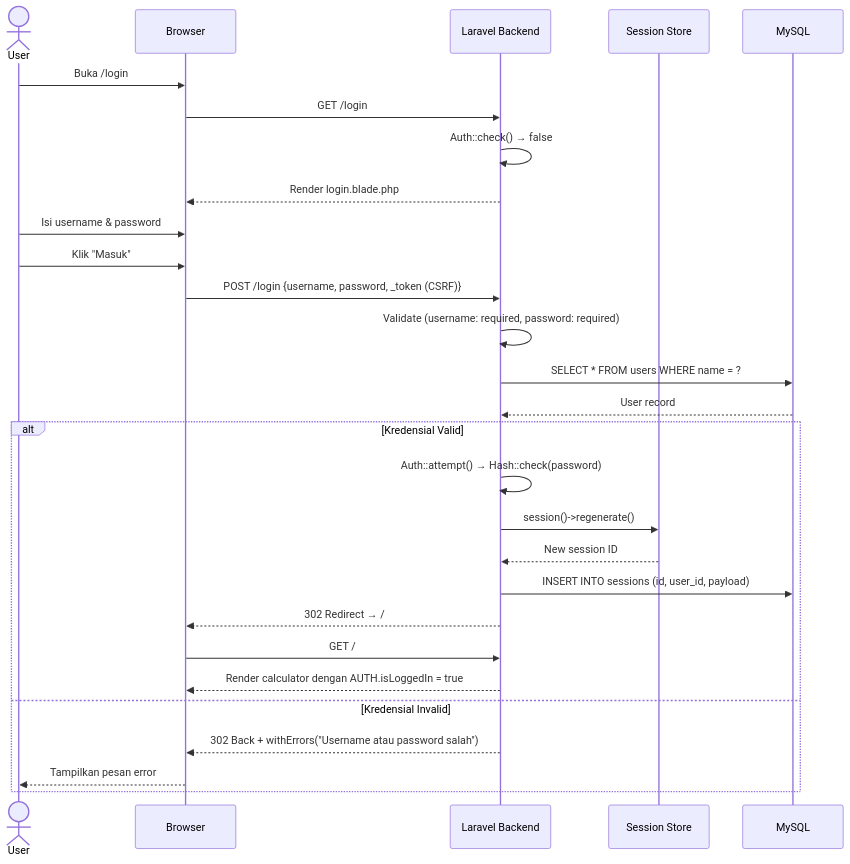
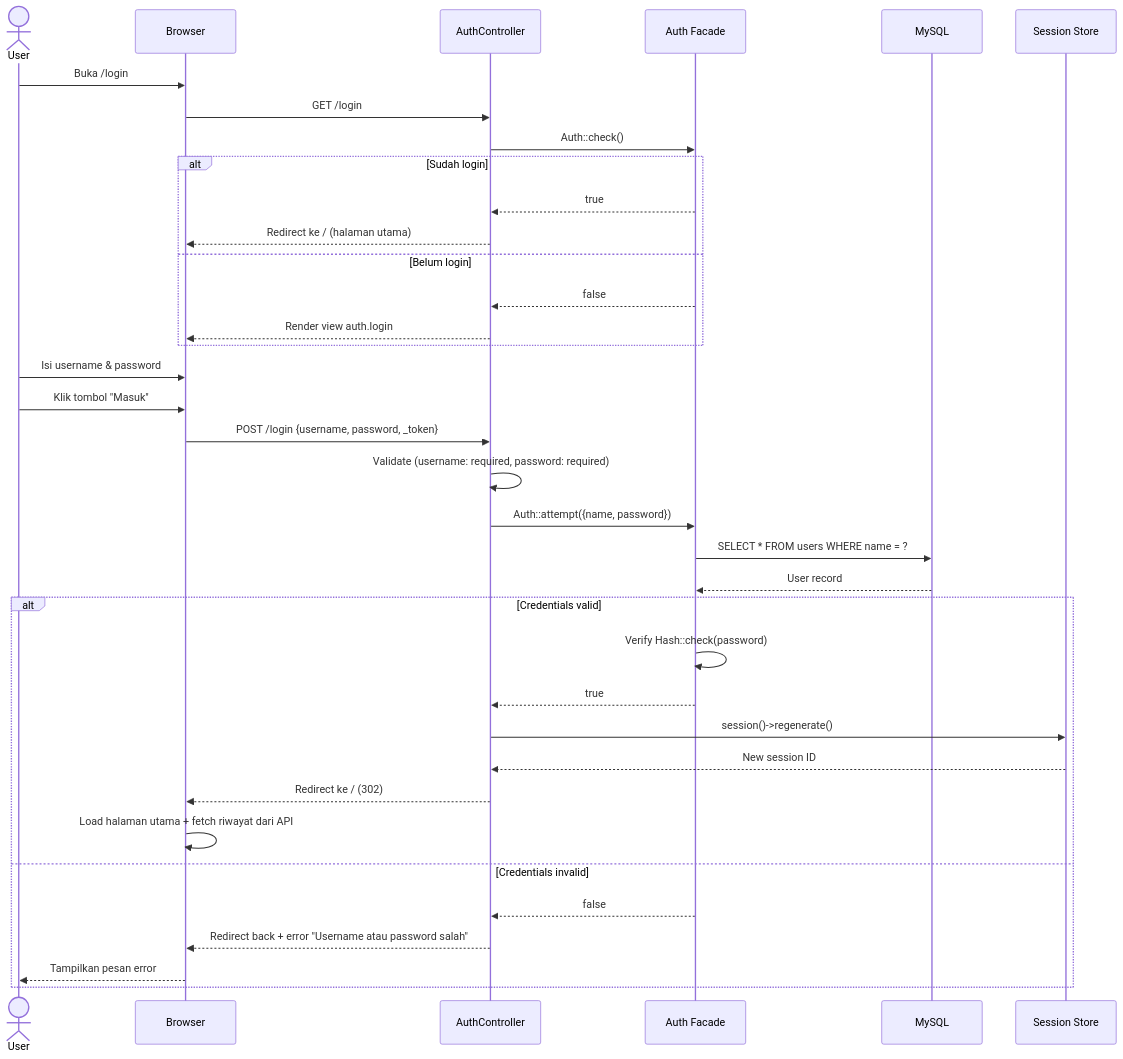
One commit to falcon-ioi/Caclcon changed the sixth of 11 diagrams in e-concalc-web/README.md. Above: the diagram before and after it, drawn with Mermaid. The commit also changed other lines of this file, not shown here.

Commit message:
docs: expand sequence diagrams with detailed flows (login, register, Google OAuth, calculator sync, currency converter)

````diff
--- a/e-concalc-web/README.md
+++ b/e-concalc-web/README.md
@@ -229,34 +226,41 @@
 ```mermaid
 sequenceDiagram
     actor User
     participant Browser
-    participant Laravel as Laravel Backend
+    participant Laravel as AuthController
+    participant Auth as Auth Facade
+    participant DB as MySQL
     participant Session as Session Store
-    participant DB as MySQL
 
     User->>Browser: Buka /login
     Browser->>Laravel: GET /login
-    Laravel->>Laravel: Auth::check() → false
-    Laravel-->>Browser: Render login.blade.php
+    Laravel->>Auth: Auth::check()
+    alt Sudah login
+        Auth-->>Laravel: true
+        Laravel-->>Browser: Redirect ke / (halaman utama)
+    else Belum login
+        Auth-->>Laravel: false
+        Laravel-->>Browser: Render view auth.login
+    end
 
     User->>Browser: Isi username & password
-    User->>Browser: Klik "Masuk"
-    Browser->>Laravel: POST /login {username, password, _token (CSRF)}
+    User->>Browser: Klik tombol "Masuk"
+    Browser->>Laravel: POST /login {username, password, _token}
+    Laravel->>Laravel: Validate (username: required, password: required)
+    Laravel->>Auth: Auth::attempt({name, password})
+    Auth->>DB: SELECT * FROM users WHERE name = ?
+    DB-->>Auth: User record
 
-    Laravel->>Laravel: Validate (username: required, password: required)
-    Laravel->>DB: SELECT * FROM users WHERE name = ?
-    DB-->>Laravel: User record
-
-    alt Kredensial Valid
-        Laravel->>Laravel: Auth::attempt() → Hash::check(password)
+    alt Credentials valid
+        Auth->>Auth: Verify Hash::check(password)
+        Auth-->>Laravel: true
         Laravel->>Session: session()->regenerate()
         Session-->>Laravel: New session ID
-        Laravel->>DB: INSERT INTO sessions (id, user_id, payload)
-        Laravel-->>Browser: 302 Redirect → /
-        Browser->>Laravel: GET /
-        Laravel-->>Browser: Render calculator dengan AUTH.isLoggedIn = true
-    else Kredensial Invalid
-        Laravel-->>Browser: 302 Back + withErrors("Username atau password salah")
+        Laravel-->>Browser: Redirect ke / (302)
+        Browser->>Browser: Load halaman utama + fetch riwayat dari API
+    else Credentials invalid
+        Auth-->>Laravel: false
+        Laravel-->>Browser: Redirect back + error "Username atau password salah"
         Browser-->>User: Tampilkan pesan error
     end
 ```
````
